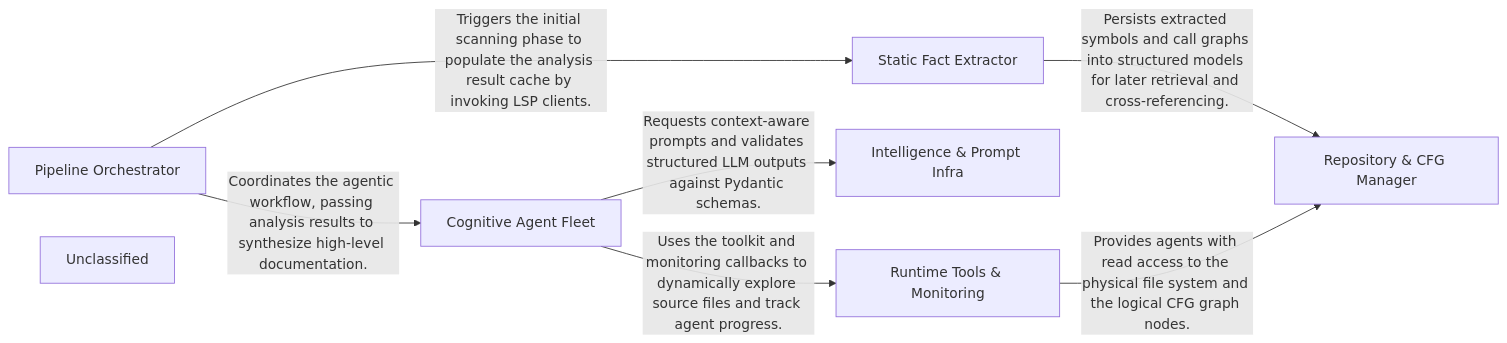
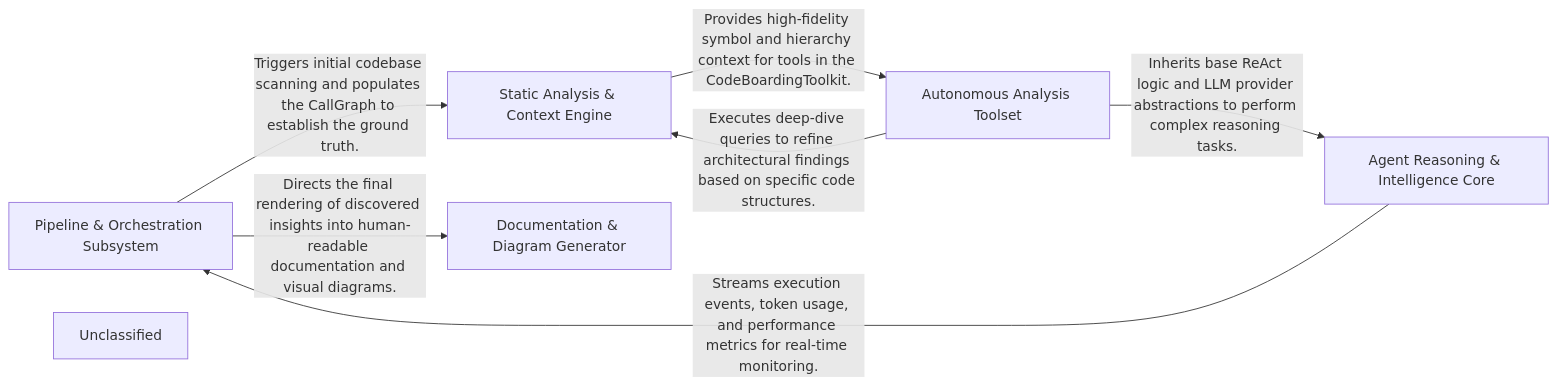
One commit to CodeBoarding/CodeBoarding changed the second of 2 diagrams in evals/reports/end-to-end-report.md. Above: the diagram before and after it, drawn with Mermaid. The commit also changed other lines of this file and 21 other files, not shown here.

````diff
--- a/evals/reports/end-to-end-report.md
+++ b/evals/reports/end-to-end-report.md
@@ -41,16 +39,15 @@
 ```mermaid
 graph LR
-    Pipeline_Orchestrator["Pipeline Orchestrator"]
-    Static_Fact_Extractor["Static Fact Extractor"]
-    Repository_CFG_Manager["Repository & CFG Manager"]
-    Cognitive_Agent_Fleet["Cognitive Agent Fleet"]
-    Intelligence_Prompt_Infra["Intelligence & Prompt Infra"]
-    Runtime_Tools_Monitoring["Runtime Tools & Monitoring"]
+    Pipeline_Orchestration_Subsystem["Pipeline & Orchestration Subsystem"]
+    Static_Analysis_Context_Engine["Static Analysis & Context Engine"]
+    Agent_Reasoning_Intelligence_Core["Agent Reasoning & Intelligence Core"]
+    Autonomous_Analysis_Toolset["Autonomous Analysis Toolset"]
+    Documentation_Diagram_Generator["Documentation & Diagram Generator"]
     Unclassified["Unclassified"]
-    Pipeline_Orchestrator -- "Triggers the initial scanning phase to populate the analysis result cache by invoking LSP clients." --> Static_Fact_Extractor
-    Pipeline_Orchestrator -- "Coordinates the agentic workflow, passing analysis results to synthesize high-level documentation." --> Cognitive_Agent_Fleet
-    Static_Fact_Extractor -- "Persists extracted symbols and call graphs into structured models for later retrieval and cross-referencing." --> Repository_CFG_Manager
-    Cognitive_Agent_Fleet -- "Uses the toolkit and monitoring callbacks to dynamically explore source files and track agent progress." --> Runtime_Tools_Monitoring
-    Cognitive_Agent_Fleet -- "Requests context-aware prompts and validates structured LLM outputs against Pydantic schemas." --> Intelligence_Prompt_Infra
-    Runtime_Tools_Monitoring -- "Provides agents with read access to the physical file system and the logical CFG graph nodes." --> Repository_CFG_Manager
+    Pipeline_Orchestration_Subsystem -- "Triggers initial codebase scanning and populates the CallGraph to establish the ground truth." --> Static_Analysis_Context_Engine
+    Static_Analysis_Context_Engine -- "Provides high-fidelity symbol and hierarchy context for tools in the CodeBoardingToolkit." --> Autonomous_Analysis_Toolset
+    Autonomous_Analysis_Toolset -- "Inherits base ReAct logic and LLM provider abstractions to perform complex reasoning tasks." --> Agent_Reasoning_Intelligence_Core
+    Agent_Reasoning_Intelligence_Core -- "Streams execution events, token usage, and performance metrics for real-time monitoring." --> Pipeline_Orchestration_Subsystem
+    Autonomous_Analysis_Toolset -- "Executes deep-dive queries to refine architectural findings based on specific code structures." --> Static_Analysis_Context_Engine
+    Pipeline_Orchestration_Subsystem -- "Directs the final rendering of discovered insights into human-readable documentation and visual diagrams." --> Documentation_Diagram_Generator
 ```
````
